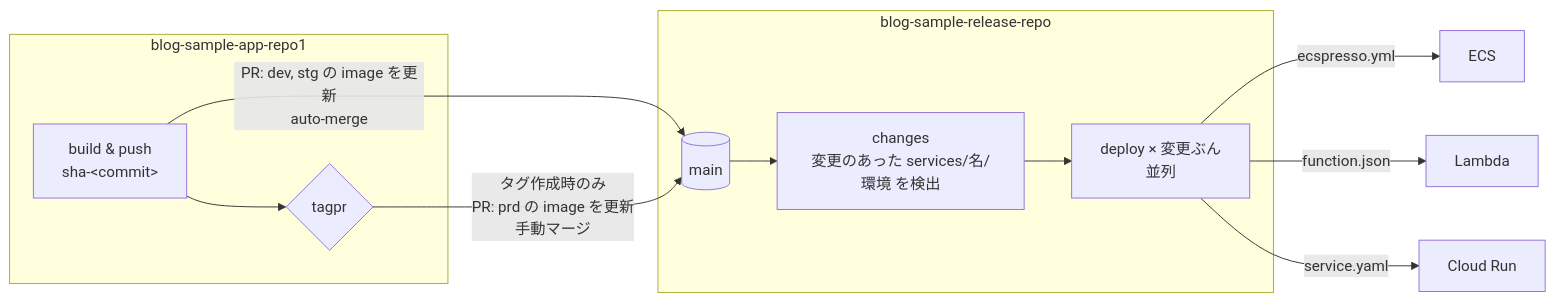
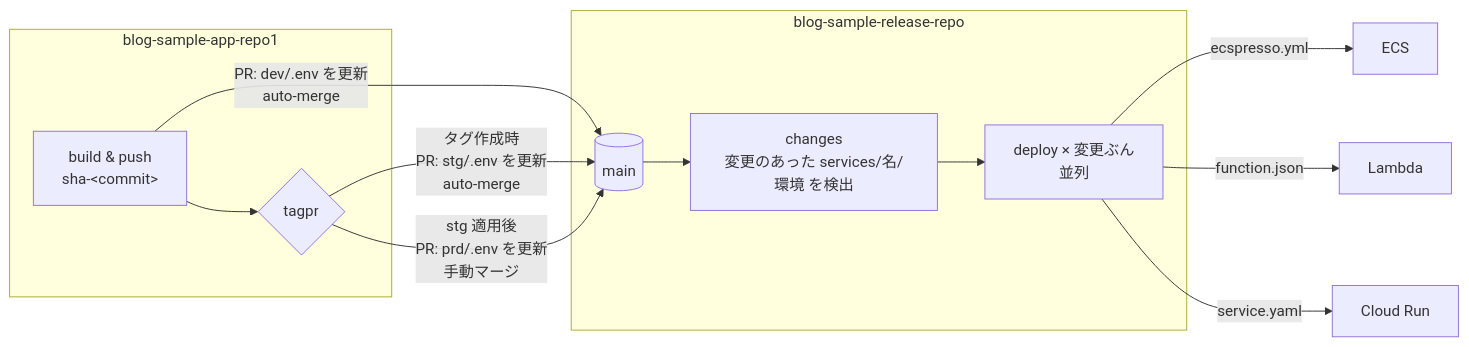
Before and after one commit to gainings/blog-sample-release-repo: the diagram in README.md, drawn with Mermaid. The commit also changed other lines of this file, not shown here.

Commit message:
README: dev on main merge, stg (auto) and prd (manual) on tag

````diff
--- a/README.md
+++ b/README.md
@@ -20,14 +20,15 @@
 ```mermaid
 flowchart LR
     subgraph app[blog-sample-app-repo1]
         B[build & push<br/>sha-&lt;commit&gt;] --> T{tagpr}
     end
-    B -->|PR: dev, stg の image を更新<br/>auto-merge| M[(main)]
-    T -->|タグ作成時のみ<br/>PR: prd の image を更新<br/>手動マージ| M
+    B -->|PR: dev/.env を更新<br/>auto-merge| M[(main)]
+    T -->|タグ作成時<br/>PR: stg/.env を更新<br/>auto-merge| M
+    T -->|stg 適用後<br/>PR: prd/.env を更新<br/>手動マージ| M
     subgraph rel[blog-sample-release-repo]
         M --> C[changes<br/>変更のあった services/名/環境 を検出] --> X[deploy × 変更ぶん<br/>並列]
     end
     X -->|ecspresso.yml| ECS[ECS]
     X -->|function.json| LMB[Lambda]
     X -->|service.yaml| CR[Cloud Run]
 ```
````
